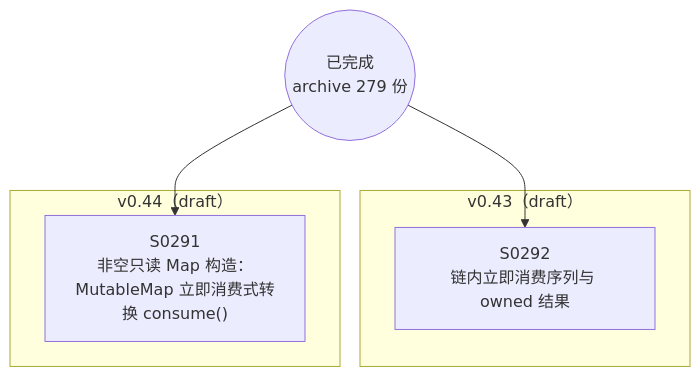
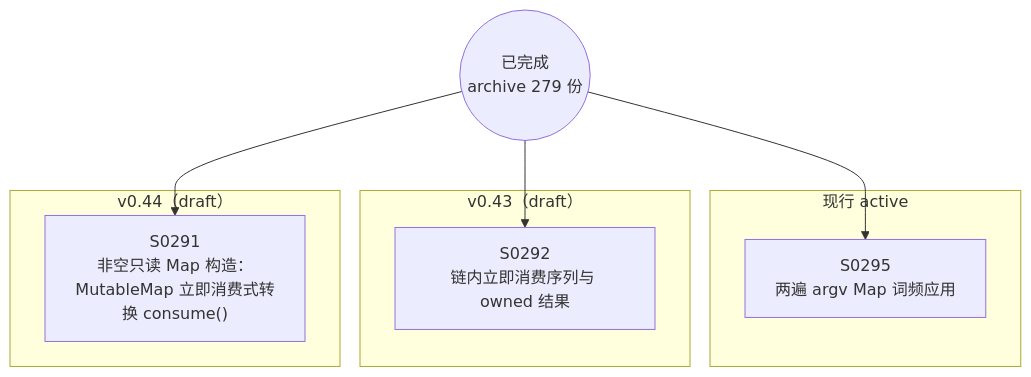
Before and after one commit to Halckon/Koven: the diagram in docs/specs/dependency-graph.md, drawn with Mermaid. The commit also changed other lines of this file and 7 other files, not shown here.

````diff
--- a/docs/specs/dependency-graph.md
+++ b/docs/specs/dependency-graph.md
@@ -9,12 +9,16 @@
 ```mermaid
 flowchart TD
 ARCH(("已完成<br/>archive 279 份"))
+subgraph Gactive["现行 active"]
+  S0295["S0295<br/>两遍 argv Map 词频应用"]
+end
 subgraph Gdrafts_v043["v0.43（draft）"]
   S0292["S0292<br/>链内立即消费序列与 owned 结果"]
 end
 subgraph Gdrafts_v044["v0.44（draft）"]
   S0291["S0291<br/>非空只读 Map 构造：MutableMap 立即消费式转换 consume()"]
 end
 ARCH --> S0291
 ARCH --> S0292
+ARCH --> S0295
 ```
````
